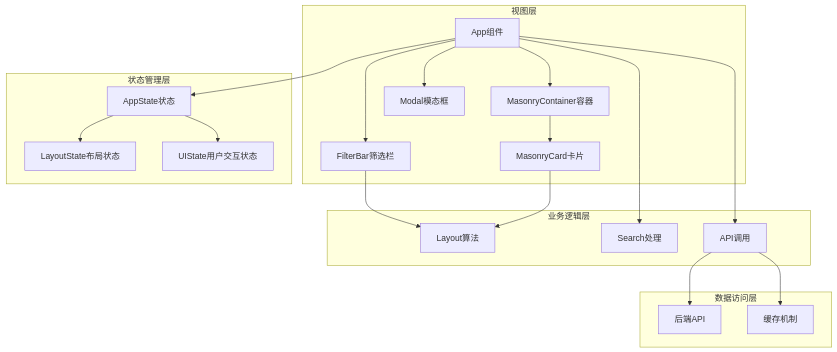
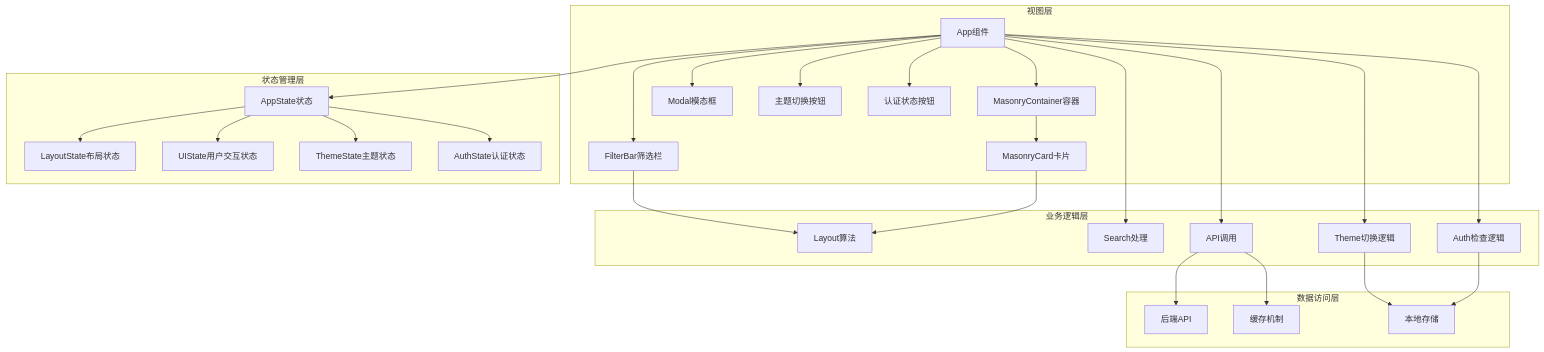
One commit to BlackBoxRecorder/memos changed the fifth of 15 diagrams in .qoder/repowiki/zh/content/前端应用/Masonry瀑布流界面/Masonry瀑布流界面.md. Above: the diagram before and after it, drawn with Mermaid. The commit also changed other lines of this file and 30 other files, not shown here.

````diff
--- a/.qoder/repowiki/zh/content/前端应用/Masonry瀑布流界面/Masonry瀑布流界面.md
+++ b/.qoder/repowiki/zh/content/前端应用/Masonry瀑布流界面/Masonry瀑布流界面.md
@@ -145,37 +204,52 @@
 ```mermaid
 graph TB
 subgraph "视图层"
 A[App组件]
 B[FilterBar筛选栏]
 C[MasonryContainer容器]
 D[MasonryCard卡片]
 E[Modal模态框]
+F[主题切换按钮]
+G[认证状态按钮]
 end
 subgraph "状态管理层"
-F[AppState状态]
-G[LayoutState布局状态]
-H[UIState用户交互状态]
+H[AppState状态]
+I[LayoutState布局状态]
+J[UIState用户交互状态]
+K[ThemeState主题状态]
+L[AuthState认证状态]
 end
 subgraph "业务逻辑层"
-I[Layout算法]
-J[Search处理]
-K[API调用]
+M[Layout算法]
+N[Search处理]
+O[API调用]
+P[Theme切换逻辑]
+Q[Auth检查逻辑]
 end
 subgraph "数据访问层"
-L[后端API]
-M[缓存机制]
+R[后端API]
+S[缓存机制]
+T[本地存储]
 end
 A --> B
 A --> C
 C --> D
 A --> E
 A --> F
-F --> G
-F --> H
-B --> I
-D --> I
-A --> J
-A --> K
-K --> L
-K --> M
+A --> G
+A --> H
+H --> I
+H --> J
+H --> K
+H --> L
+B --> M
+D --> M
+A --> N
+A --> O
+A --> P
+A --> Q
+O --> R
+O --> S
+P --> T
+Q --> T
 ```
````
